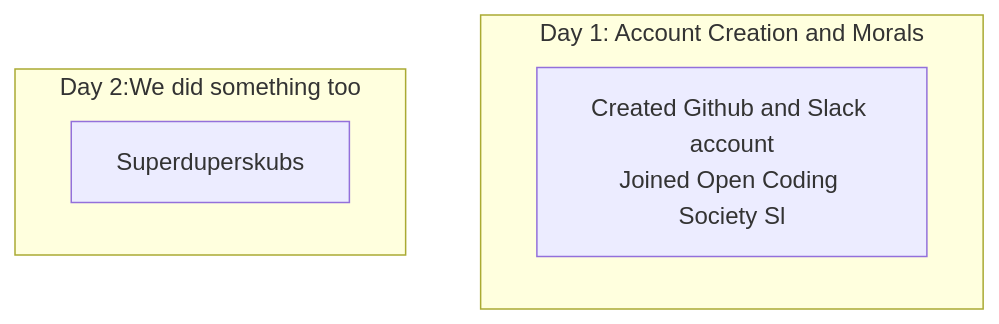
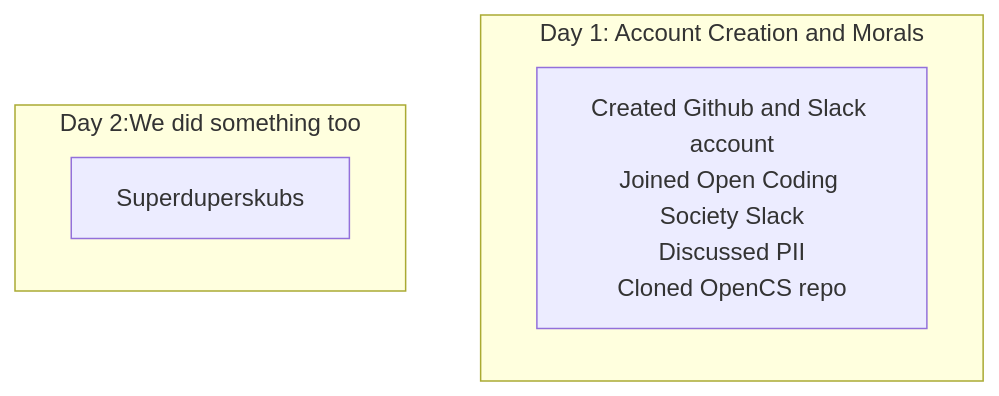
One commit to rsharma5128/student changed the second of 2 diagrams in _posts/Foundation/B-tools_and_equipment/2025-11-21-tools_quest.md. Above: the diagram before and after it, drawn with Mermaid.

Commit message:
adding lines to day 1

````diff
--- a/_posts/Foundation/B-tools_and_equipment/2025-11-21-tools_quest.md
+++ b/_posts/Foundation/B-tools_and_equipment/2025-11-21-tools_quest.md
@@ -59,9 +59,9 @@
 ```mermaid
 flowchart TD
     subgraph Day_1[Day 1: Account Creation and Morals]
-        A[Created Github and Slack account<br/>Joined Open Coding Society Sl]:::dayuno
+        A[Created Github and Slack account<br/>Joined Open Coding Society Slack<br/>Discussed PII<br/>Cloned OpenCS repo]:::dayuno
 end
     subgraph Day_2[Day 2:We did something too]
         B[Superduperskubs]:::daydos
 end
 ```
````
